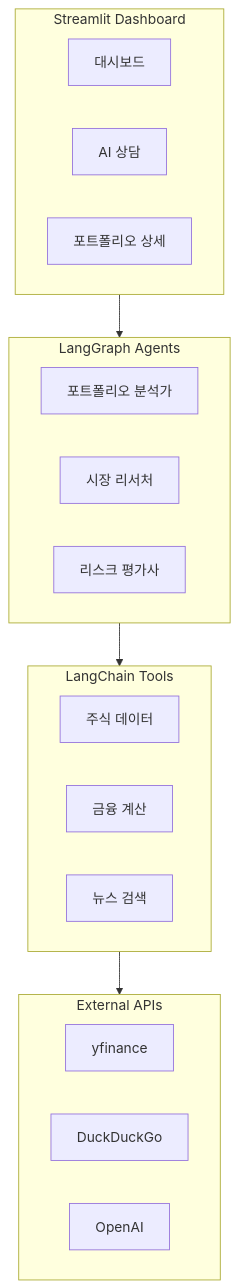
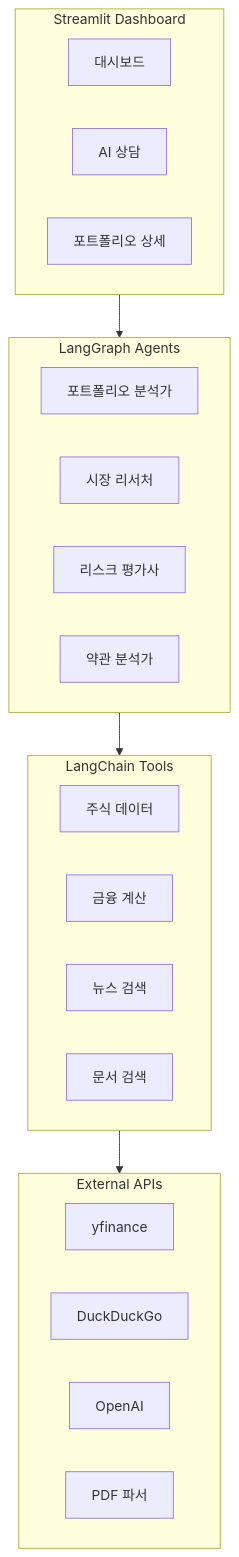
The diagram in Projects/AI_Portfolio_Dashboard/README.md (Sssss-Mmm/langchain), drawn with Mermaid before and after one commit. The commit also changed other lines of this file and 4 other files, not shown here.

````diff
--- a/Projects/AI_Portfolio_Dashboard/README.md
+++ b/Projects/AI_Portfolio_Dashboard/README.md
@@ -58,30 +63,34 @@
 ```mermaid
 graph TB
     subgraph UI["Streamlit Dashboard"]
         Dashboard[대시보드]
         Chat[AI 상담]
         Detail[포트폴리오 상세]
     end
 
     subgraph Agents["LangGraph Agents"]
         PA[포트폴리오 분석가]
         MR[시장 리서처]
         RA[리스크 평가사]
+        TA[약관 분석가]
     end
 
     subgraph Tools["LangChain Tools"]
         Stock[주식 데이터]
         Calc[금융 계산]
         News[뉴스 검색]
+        RAG[문서 검색]
     end
 
     subgraph External["External APIs"]
         YF[yfinance]
         DDG[DuckDuckGo]
         OAI[OpenAI]
+        PDF[PDF 파서]
     end
+
 
     UI --> Agents
     Agents --> Tools
     Tools --> External
 ```
````
